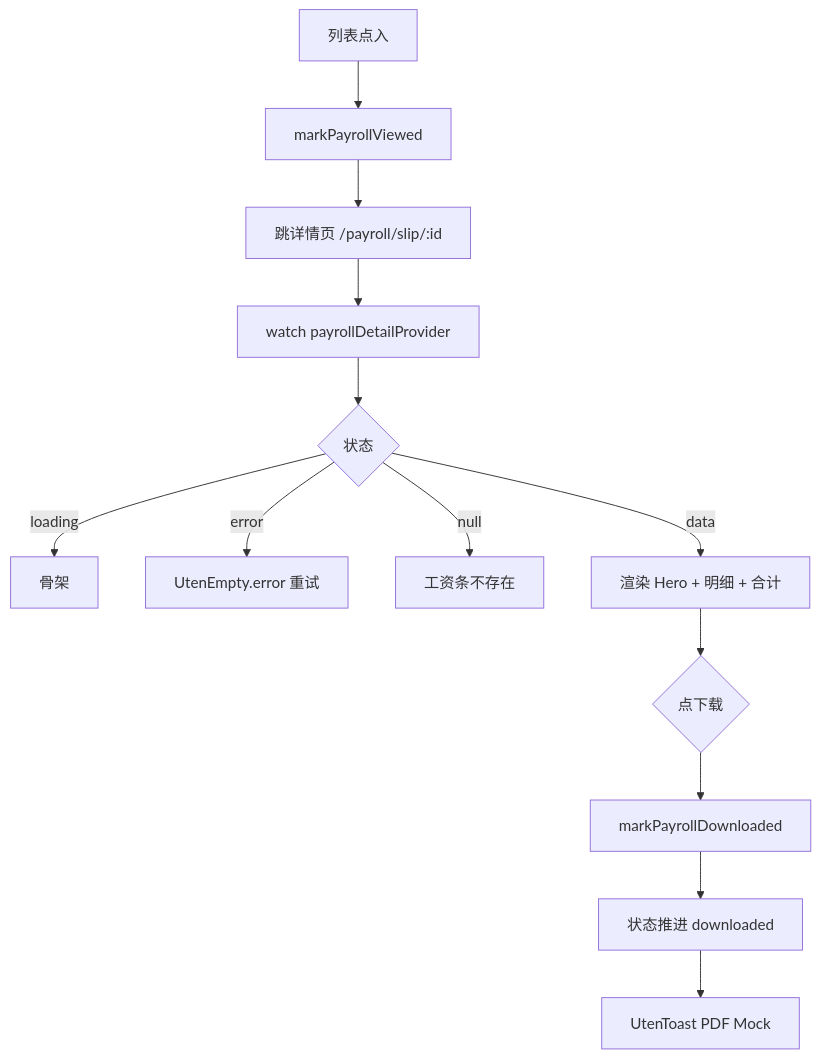
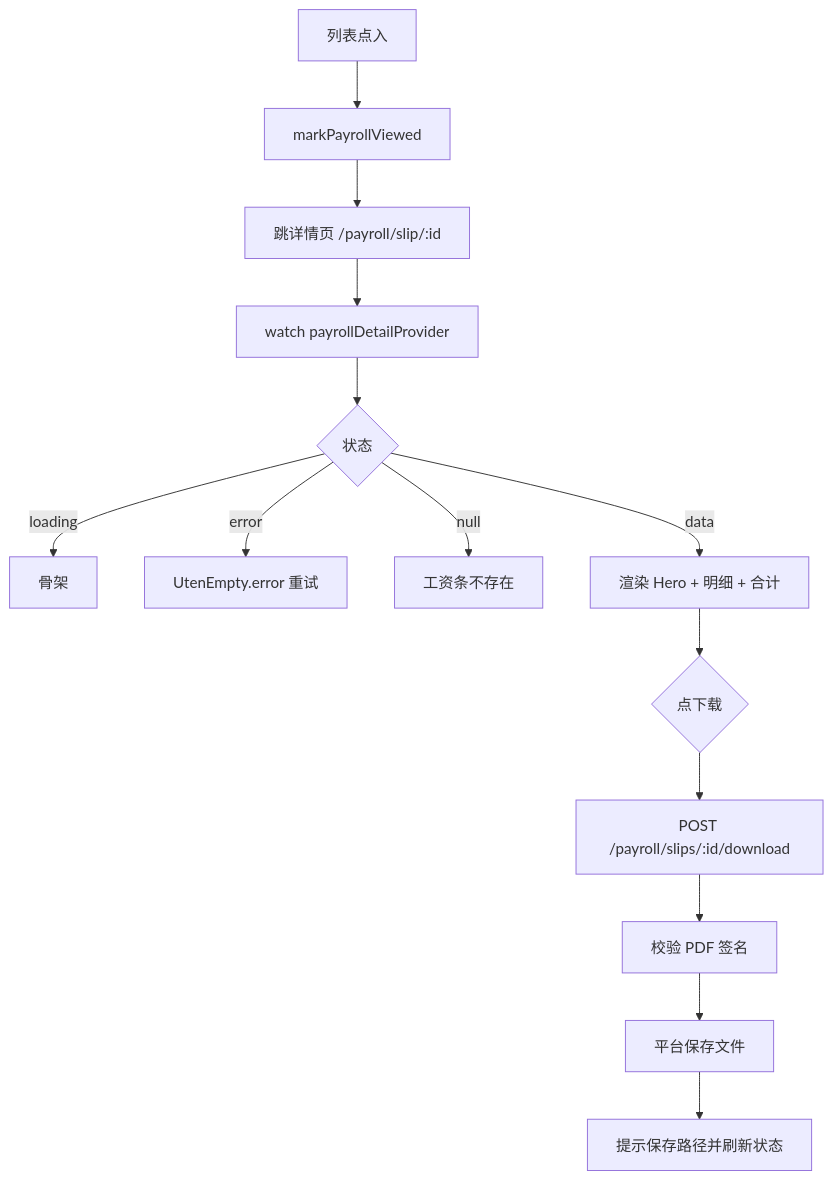
The diagram in docs/03-页面/工资条详情页.md (BruceChu0424/utenelec_imp), drawn with Mermaid before and after one commit. The commit also changed other lines of this file and 1614 other files, not shown here.

````diff
--- a/docs/03-页面/工资条详情页.md
+++ b/docs/03-页面/工资条详情页.md
@@ -91,15 +92,16 @@
 ```mermaid
 flowchart TD
     A[列表点入] --> V[markPayrollViewed]
     V --> G[跳详情页 /payroll/slip/:id]
     G --> W[watch payrollDetailProvider]
     W --> S{状态}
     S -->|loading| SK[骨架]
     S -->|error| ER[UtenEmpty.error 重试]
     S -->|null| EM[工资条不存在]
     S -->|data| R[渲染 Hero + 明细 + 合计]
     R --> DL{点下载}
-    DL --> MD[markPayrollDownloaded]
-    MD --> ST[状态推进 downloaded]
-    ST --> T[UtenToast PDF Mock]
+    DL --> API[POST /payroll/slips/:id/download]
+    API --> SIG[校验 PDF 签名]
+    SIG --> SAVE[平台保存文件]
+    SAVE --> T[提示保存路径并刷新状态]
 ```
````
